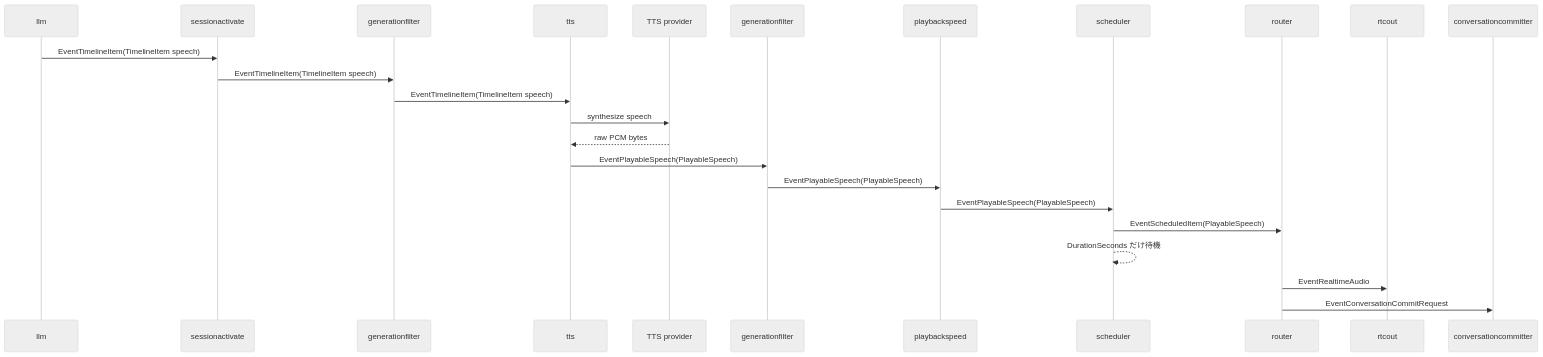
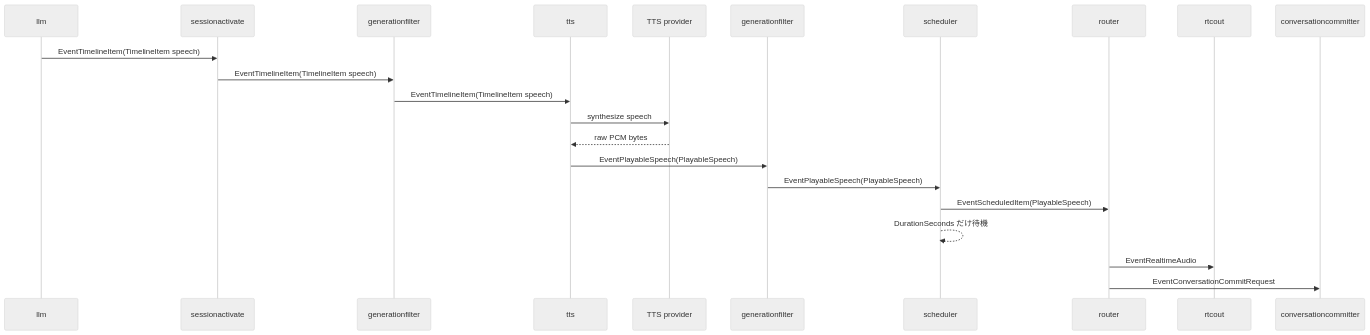
One commit to tetetratra/smart-speaker changed the first of 3 diagrams in docs/components/tts.md. Above: the diagram before and after it, drawn with Mermaid (neutral theme). The commit also changed other lines of this file and 15 other files, not shown here.

````diff
--- a/docs/components/tts.md
+++ b/docs/components/tts.md
@@ -58,27 +58,25 @@
 ```mermaid
 sequenceDiagram
   participant LLM as llm
   participant SA as sessionactivate
   participant GF1 as generationfilter
   participant TTS as tts
   participant Provider as TTS provider
   participant GF2 as generationfilter
-  participant PBS as playbackspeed
   participant SCH as scheduler
   participant R as router
   participant RTCOut as rtcout
   participant COMMIT as conversationcommitter
 
   LLM->>SA: EventTimelineItem(TimelineItem speech)
   SA->>GF1: EventTimelineItem(TimelineItem speech)
   GF1->>TTS: EventTimelineItem(TimelineItem speech)
   TTS->>Provider: synthesize speech
   Provider-->>TTS: raw PCM bytes
   TTS->>GF2: EventPlayableSpeech(PlayableSpeech)
-  GF2->>PBS: EventPlayableSpeech(PlayableSpeech)
-  PBS->>SCH: EventPlayableSpeech(PlayableSpeech)
+  GF2->>SCH: EventPlayableSpeech(PlayableSpeech)
   SCH->>R: EventScheduledItem(PlayableSpeech)
   SCH-->>SCH: DurationSeconds だけ待機
   R->>RTCOut: EventRealtimeAudio
   R->>COMMIT: EventConversationCommitRequest
 ```
````
